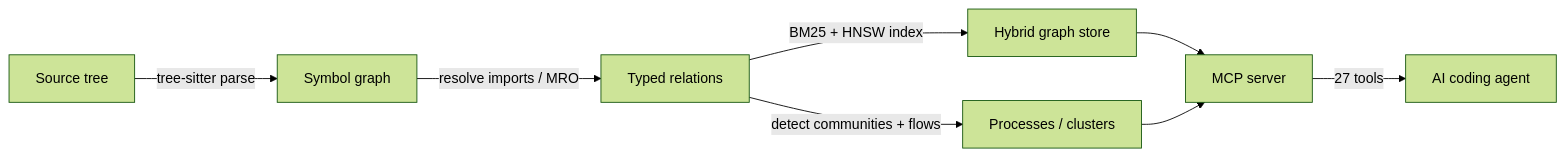
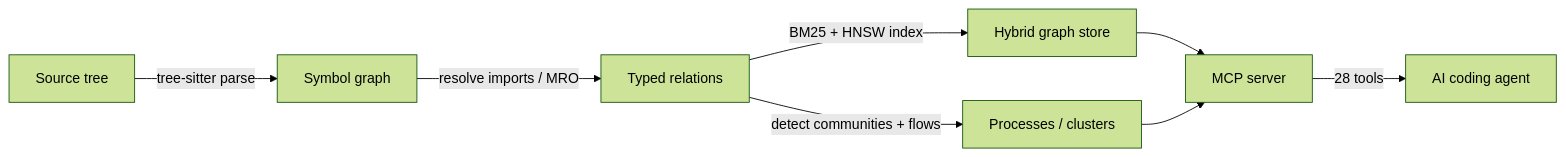
One commit to theagenticguy/opencodehub changed the diagram in README.md. Above: the diagram before and after it, drawn with Mermaid (forest theme). The commit also changed other lines of this file and 38 other files, not shown here.

First line of the commit message:
docs: deep refresh + sync + new architecture pages

````diff
--- a/README.md
+++ b/README.md
@@ -56,10 +56,10 @@
 ```mermaid
 flowchart LR
   A[Source tree] -->|tree-sitter parse| B[Symbol graph]
   B -->|resolve imports / MRO| C[Typed relations]
   C -->|BM25 + HNSW index| D[Hybrid graph store]
   C -->|detect communities + flows| E[Processes / clusters]
   D --> F[MCP server]
   E --> F
-  F -->|27 tools| G[AI coding agent]
+  F -->|28 tools| G[AI coding agent]
 ```
````
